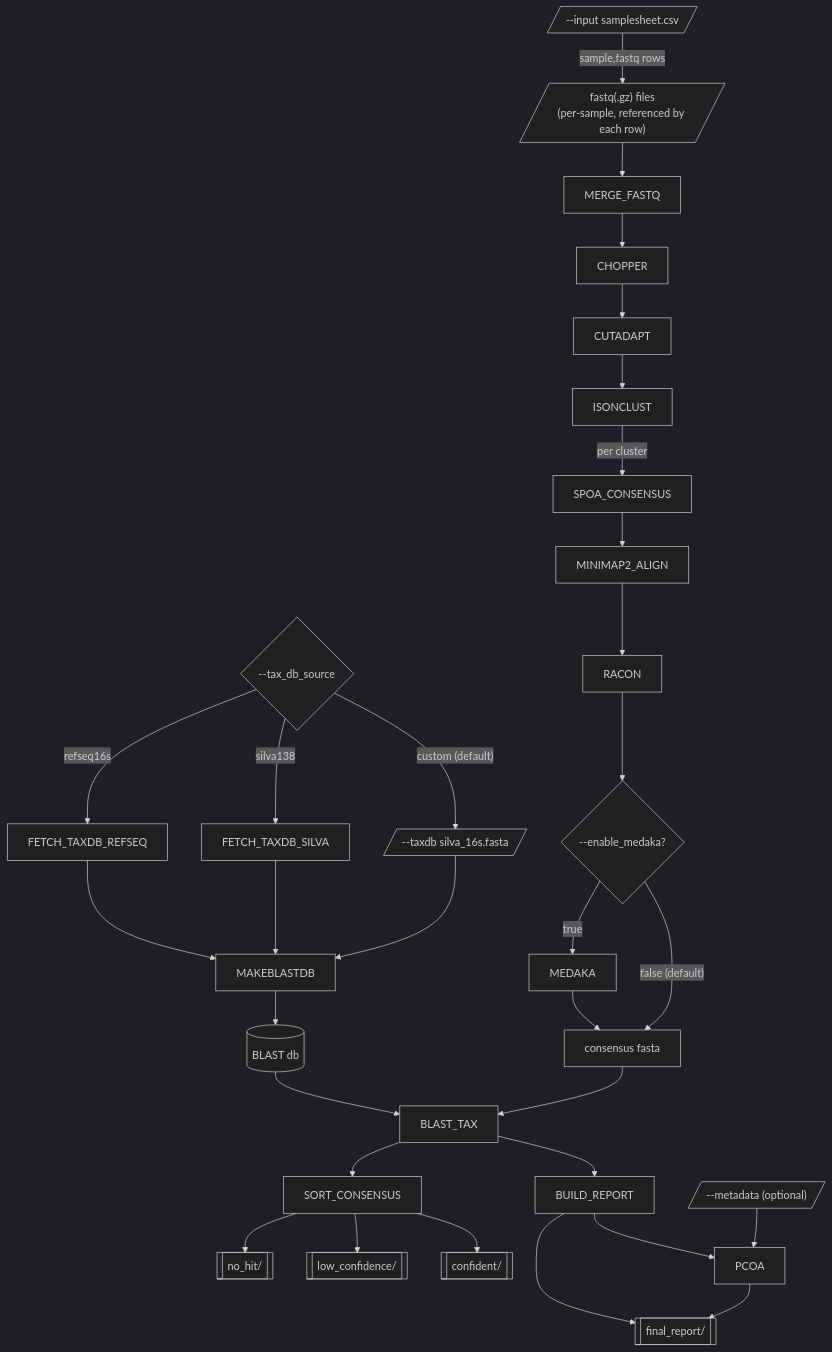
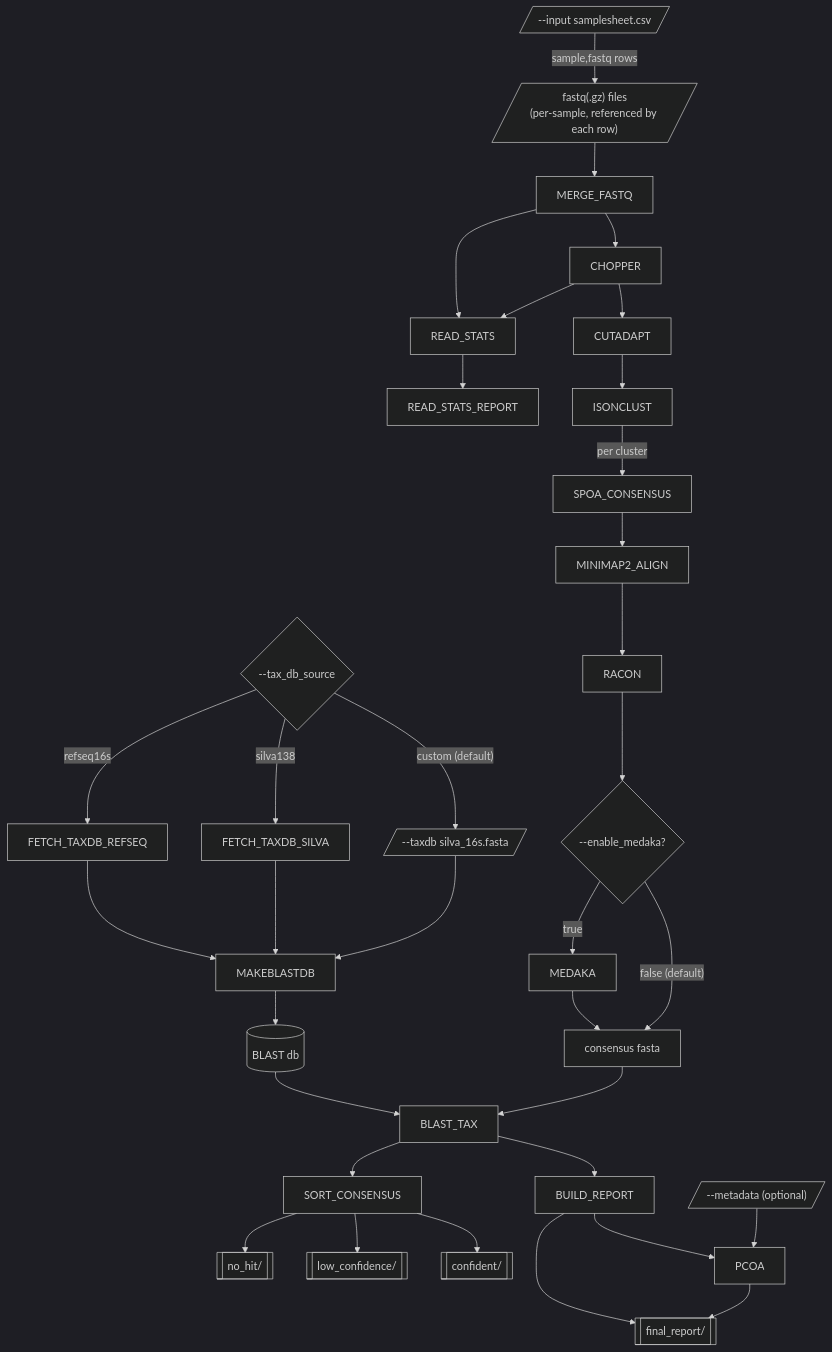
The diagram in README.md (ehill-iolani/16S-nf), drawn with Mermaid (dark theme) before and after one commit. The commit also changed other lines of this file and 6 other files, not shown here.

````diff
--- a/README.md
+++ b/README.md
@@ -109,34 +110,37 @@
 ```mermaid
 flowchart TD
     tax_db_source{"--tax_db_source"}
     tax_db_source -->|"custom (default)"| taxdb[/"--taxdb silva_16s.fasta"/]
     tax_db_source -->|"silva138"| FETCH_TAXDB_SILVA
     tax_db_source -->|"refseq16s"| FETCH_TAXDB_REFSEQ
     taxdb --> MAKEBLASTDB
     FETCH_TAXDB_SILVA --> MAKEBLASTDB
     FETCH_TAXDB_REFSEQ --> MAKEBLASTDB
     MAKEBLASTDB --> blastdb[("BLAST db")]
 
     reads[/"--input samplesheet.csv"/] -->|"sample,fastq rows"| fastqs[/"fastq(.gz) files\n(per-sample, referenced by each row)"/]
     fastqs --> MERGE_FASTQ --> CHOPPER --> CUTADAPT --> ISONCLUST
+    MERGE_FASTQ --> READ_STATS
+    CHOPPER --> READ_STATS
+    READ_STATS --> READ_STATS_REPORT
     ISONCLUST -->|"per cluster"| SPOA_CONSENSUS --> MINIMAP2_ALIGN --> RACON
 
     RACON --> medaka_check{"--enable_medaka?"}
     medaka_check -->|"false (default)"| consensus["consensus fasta"]
     medaka_check -->|"true"| MEDAKA --> consensus
 
     consensus --> BLAST_TAX
     blastdb --> BLAST_TAX
 
     BLAST_TAX --> BUILD_REPORT
     BLAST_TAX --> SORT_CONSENSUS
 
     metadata[/"--metadata (optional)"/] --> PCOA
     BUILD_REPORT --> PCOA
 
     BUILD_REPORT --> report[["final_report/"]]
     PCOA --> report
     SORT_CONSENSUS --> confident[["confident/"]]
     SORT_CONSENSUS --> lowconf[["low_confidence/"]]
     SORT_CONSENSUS --> nohit[["no_hit/"]]
 ```
````
